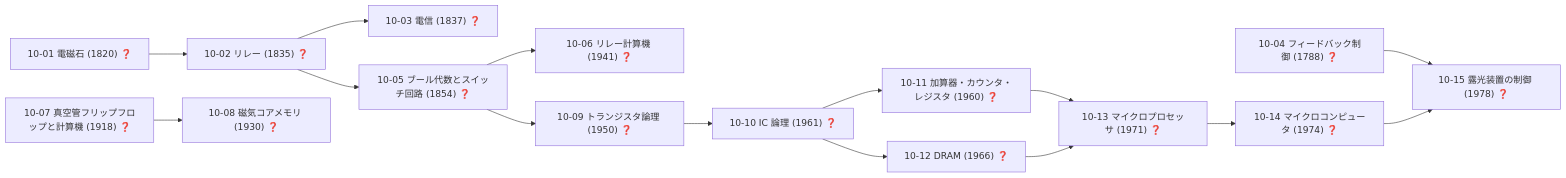
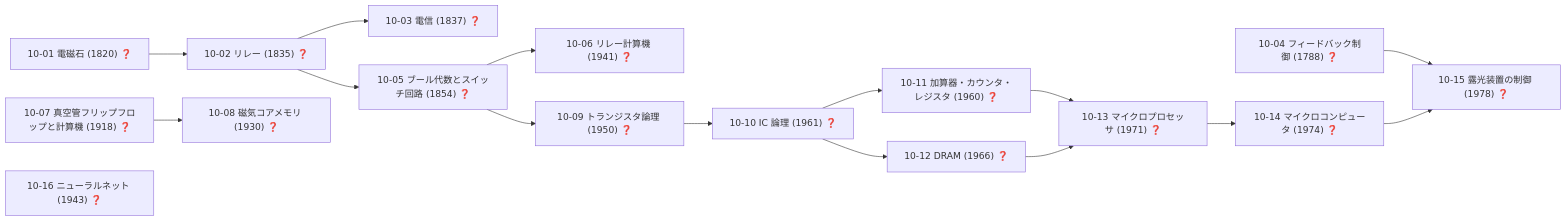
Before and after one commit to taku3i0317-collab/semiconductor-lab: diagram 13 of 19 in docs/TECH_TREE_VIEW.md, drawn with Mermaid. The commit also changed other lines of this file and 3 other files, not shown here.

````diff
--- a/docs/TECH_TREE_VIEW.md
+++ b/docs/TECH_TREE_VIEW.md
@@ -628,32 +628,33 @@
 ```mermaid
 graph LR
   n10_01["10-01 電磁石 (1820) ❓"]
   n10_02["10-02 リレー (1835) ❓"]
   n10_03["10-03 電信 (1837) ❓"]
   n10_04["10-04 フィードバック制御 (1788) ❓"]
   n10_05["10-05 ブール代数とスイッチ回路 (1854) ❓"]
   n10_06["10-06 リレー計算機 (1941) ❓"]
   n10_07["10-07 真空管フリップフロップと計算機 (1918) ❓"]
   n10_08["10-08 磁気コアメモリ (1930) ❓"]
   n10_09["10-09 トランジスタ論理 (1950) ❓"]
   n10_10["10-10 IC 論理 (1961) ❓"]
   n10_11["10-11 加算器・カウンタ・レジスタ (1960) ❓"]
   n10_12["10-12 DRAM (1966) ❓"]
   n10_13["10-13 マイクロプロセッサ (1971) ❓"]
   n10_14["10-14 マイクロコンピュータ (1974) ❓"]
   n10_15["10-15 露光装置の制御 (1978) ❓"]
+  n10_16["10-16 ニューラルネット (1943) ❓"]
   n10_01-->n10_02
   n10_02-->n10_03
   n10_02-->n10_05
   n10_05-->n10_06
   n10_07-->n10_08
   n10_05-->n10_09
   n10_09-->n10_10
   n10_10-->n10_11
   n10_10-->n10_12
   n10_11-->n10_13
   n10_12-->n10_13
   n10_13-->n10_14
   n10_04-->n10_15
   n10_14-->n10_15
 ```
````
